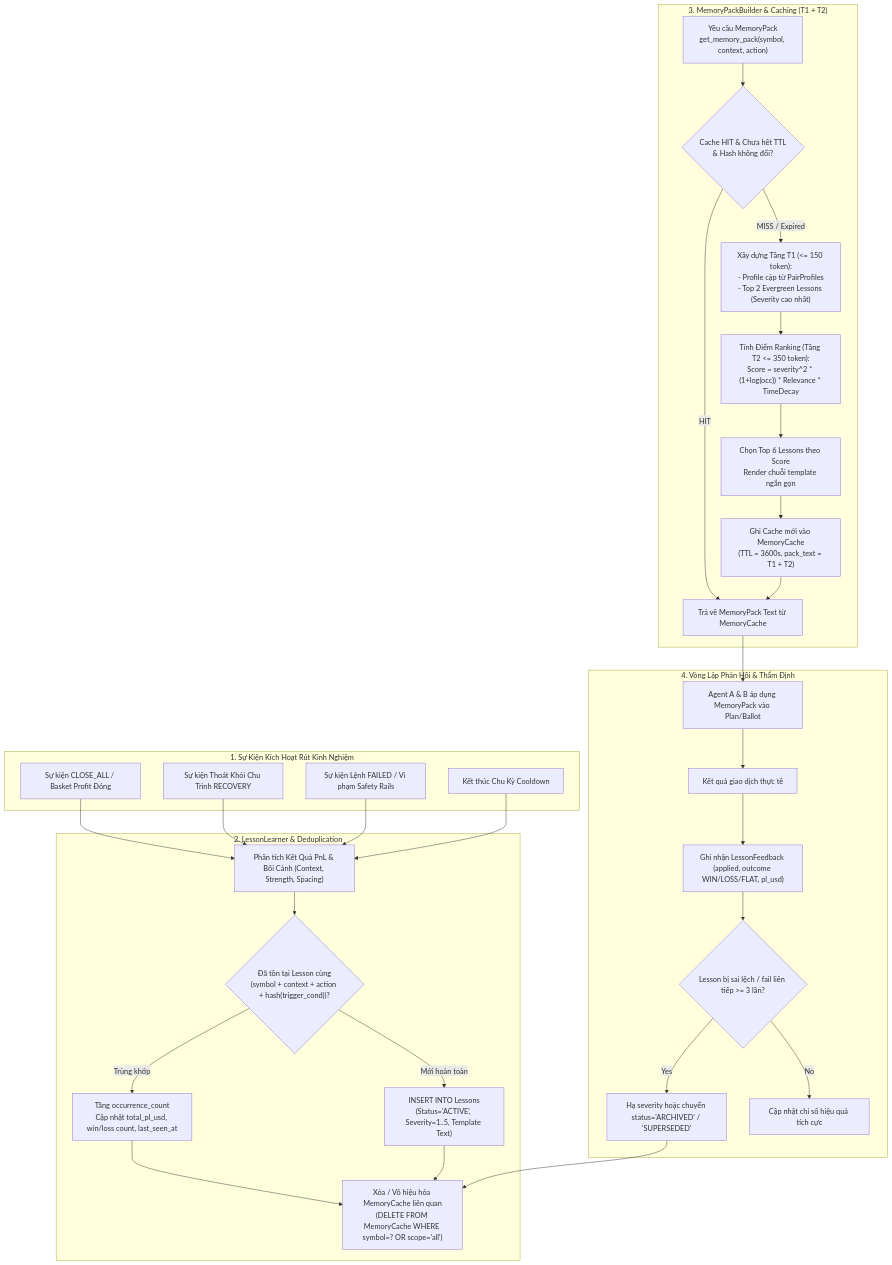
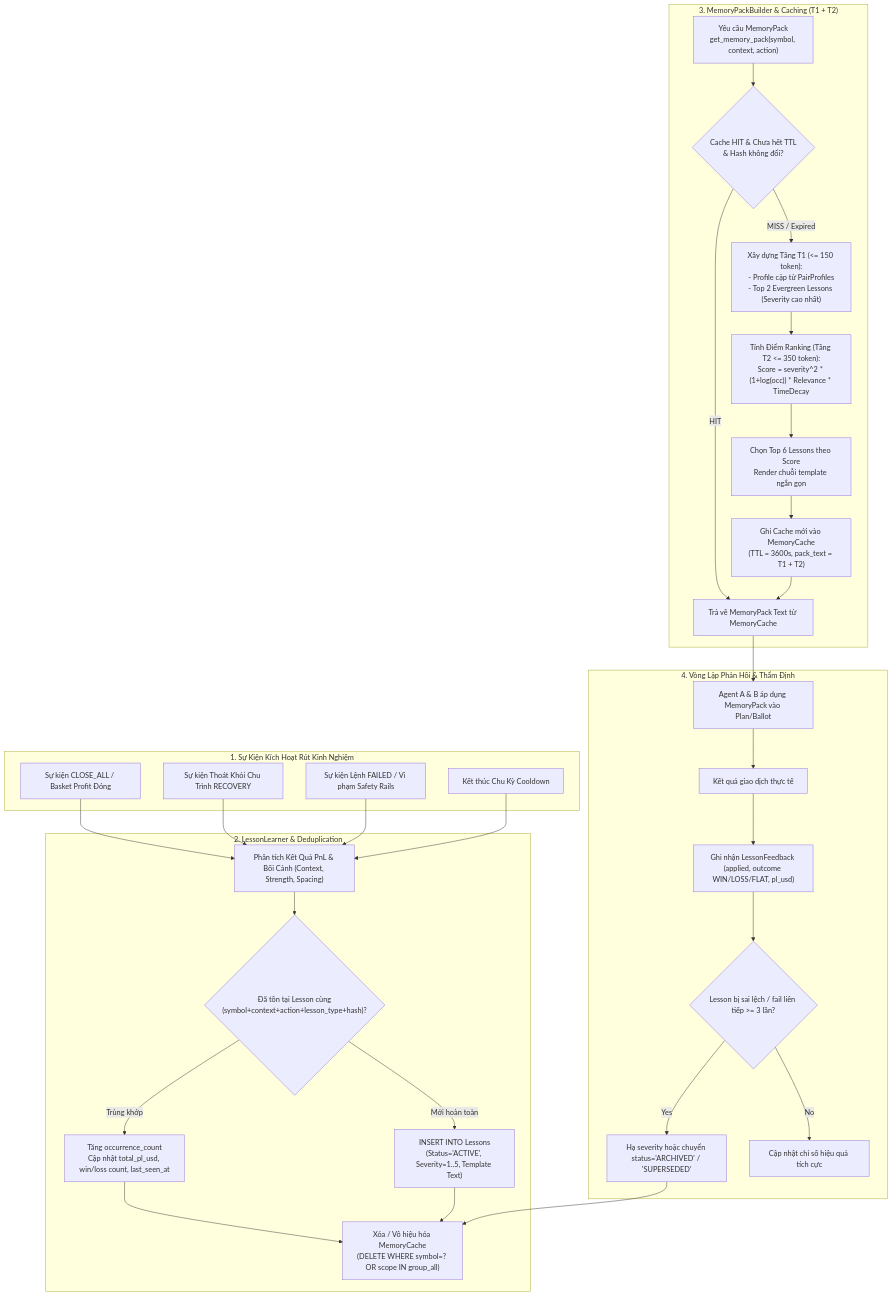
One commit to nguyenhongdat09/doctradingagent2agent changed the diagram in doc/doc_experience/diagrams/E02-learning-cache-flow.mmd. Above: the diagram before and after it, drawn with Mermaid. The commit also changed 48 other files, not shown here.

```diff
--- a/doc/doc_experience/diagrams/E02-learning-cache-flow.mmd
+++ b/doc/doc_experience/diagrams/E02-learning-cache-flow.mmd
@@ -1,50 +1,50 @@
 %% E02-learning-cache-flow.mmd
 %% Luồng học hỏi, tổng hợp bài học, caching và phản hồi (Learning & Cache Flow)
 flowchart TD
     subgraph TriggerLearn ["1. Sự Kiện Kích Hoạt Rút Kinh Nghiệm"]
         EvClose["Sự kiện CLOSE_ALL / Basket Profit Đóng"]
         EvRecExit["Sự kiện Thoát Khỏi Chu Trình RECOVERY"]
         EvFail["Sự kiện Lệnh FAILED / Vi phạm Safety Rails"]
         EvCooldown["Kết thúc Chu Kỳ Cooldown"]
     end
 
     subgraph LearnerEngine ["2. LessonLearner & Deduplication"]
         GenLesson["Phân tích Kết Quả PnL & Bối Cảnh (Context, Strength, Spacing)"]
-        CheckDedupe{"Đã tồn tại Lesson cùng\n(symbol + context + action + hash(trigger_cond))?"}
+        CheckDedupe{"Đã tồn tại Lesson cùng\n(symbol+context+action+lesson_type+hash)?"}
         IncOcc["Tăng occurrence_count\nCập nhật total_pl_usd, win/loss count, last_seen_at"]
         InsertNew["INSERT INTO Lessons\n(Status='ACTIVE', Severity=1..5, Template Text)"]
-        Invalidate["Xóa / Vô hiệu hóa MemoryCache liên quan\n(DELETE FROM MemoryCache WHERE symbol=? OR scope='all')"]
+        Invalidate["Xóa / Vô hiệu hóa MemoryCache\n(DELETE WHERE symbol=? OR scope IN group_all)"]
     end
 
     subgraph CacheEngine ["3. MemoryPackBuilder & Caching (T1 + T2)"]
         ReqPack["Yêu cầu MemoryPack\nget_memory_pack(symbol, context, action)"]
         CheckCache{"Cache HIT & Chưa hết TTL\n& Hash không đổi?"}
         ReturnCache["Trả về MemoryPack Text từ MemoryCache"]
         
         BuildT1["Xây dựng Tầng T1 (<= 150 token):\n- Profile cặp từ PairProfiles\n- Top 2 Evergreen Lessons (Severity cao nhất)"]
         ScoreRank["Tính Điểm Ranking (Tầng T2 <= 350 token):\nScore = severity^2 * (1+log(occ)) * Relevance * TimeDecay"]
         BuildT2["Chọn Top 6 Lessons theo Score\nRender chuỗi template ngắn gọn"]
         SaveCache["Ghi Cache mới vào MemoryCache\n(TTL = 3600s, pack_text = T1 + T2)"]
     end
 
     subgraph FeedbackLoop ["4. Vòng Lặp Phản Hồi & Thẩm Định"]
         ApplyPlan["Agent A & B áp dụng MemoryPack vào Plan/Ballot"]
         ExecOutcome["Kết quả giao dịch thực tế"]
         RecordFB["Ghi nhận LessonFeedback (applied, outcome WIN/LOSS/FLAT, pl_usd)"]
         CheckFailCount{"Lesson bị sai lệch / fail liên tiếp >= 3 lần?"}
         Downgrade["Hạ severity hoặc chuyển status='ARCHIVED' / 'SUPERSEDED'"]
         KeepActive["Cập nhật chỉ số hiệu quả tích cực"]
     end
 
     EvClose & EvRecExit & EvFail & EvCooldown --> GenLesson
     GenLesson --> CheckDedupe
     CheckDedupe -->|Trùng khớp| IncOcc --> Invalidate
     CheckDedupe -->|Mới hoàn toàn| InsertNew --> Invalidate
 
     ReqPack --> CheckCache
     CheckCache -->|HIT| ReturnCache
     CheckCache -->|MISS / Expired| BuildT1 --> ScoreRank --> BuildT2 --> SaveCache --> ReturnCache
 
     ReturnCache --> ApplyPlan --> ExecOutcome --> RecordFB --> CheckFailCount
     CheckFailCount -->|Yes| Downgrade --> Invalidate
     CheckFailCount -->|No| KeepActive
```
